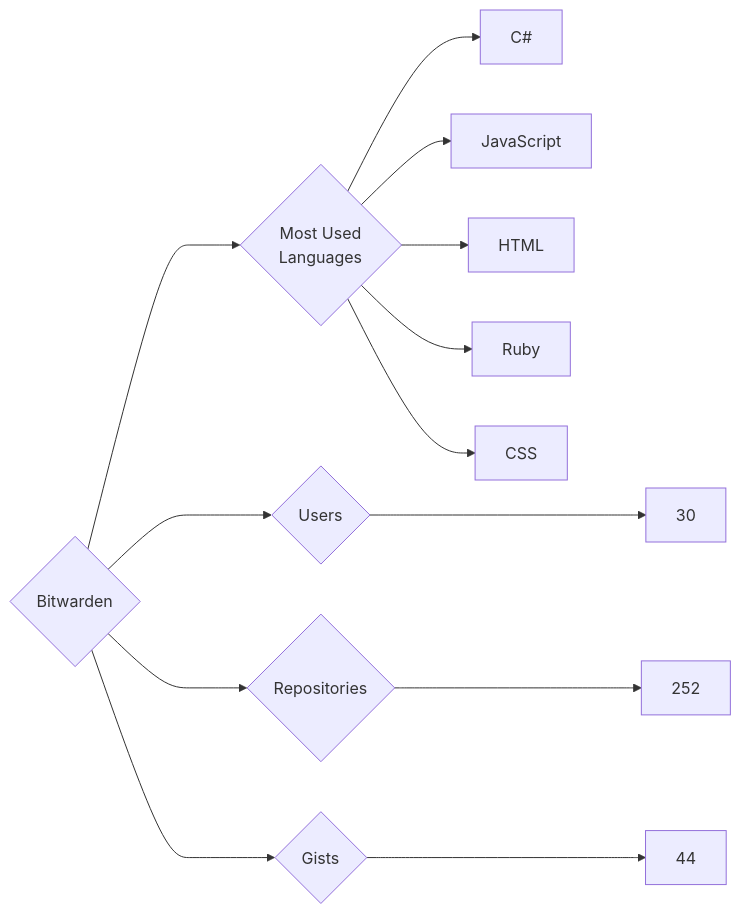
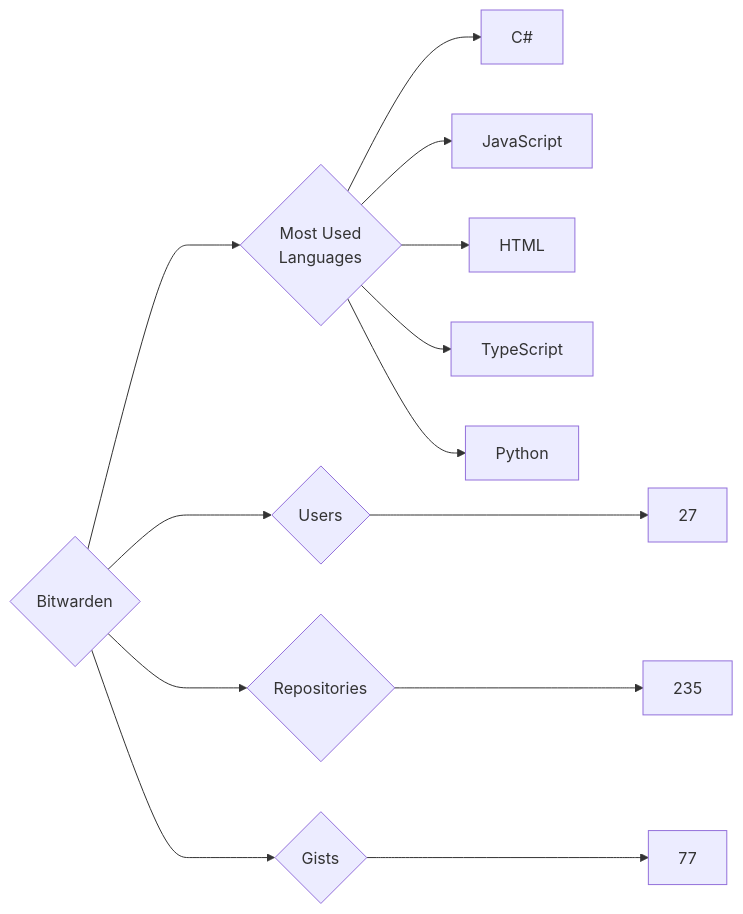
One commit to trickest/insiders changed the diagram in targets/Bitwarden/README.md. Above: the diagram before and after it, drawn with Mermaid. The commit also changed 809 other files, not shown here.

````diff
--- a/targets/Bitwarden/README.md
+++ b/targets/Bitwarden/README.md
@@ -3,13 +3,13 @@
 ```mermaid
 graph LR
 COMPANY_NAME{Bitwarden}
-COMPANY_NAME ---> U{Users} ---> UN[30]
-COMPANY_NAME ---> R{Repositories} ---> RN[252]
-COMPANY_NAME ---> G{Gists} ---> GN[44]
+COMPANY_NAME ---> U{Users} ---> UN[27]
+COMPANY_NAME ---> R{Repositories} ---> RN[235]
+COMPANY_NAME ---> G{Gists} ---> GN[77]
 COMPANY_NAME ---> ML{Most Used<br>Languages}
 ML --> C#[C#]
 ML --> JavaScript[JavaScript]
 ML --> HTML[HTML]
-ML --> Ruby[Ruby]
-ML --> CSS[CSS]
+ML --> TypeScript[TypeScript]
+ML --> Python[Python]
 ```
````
